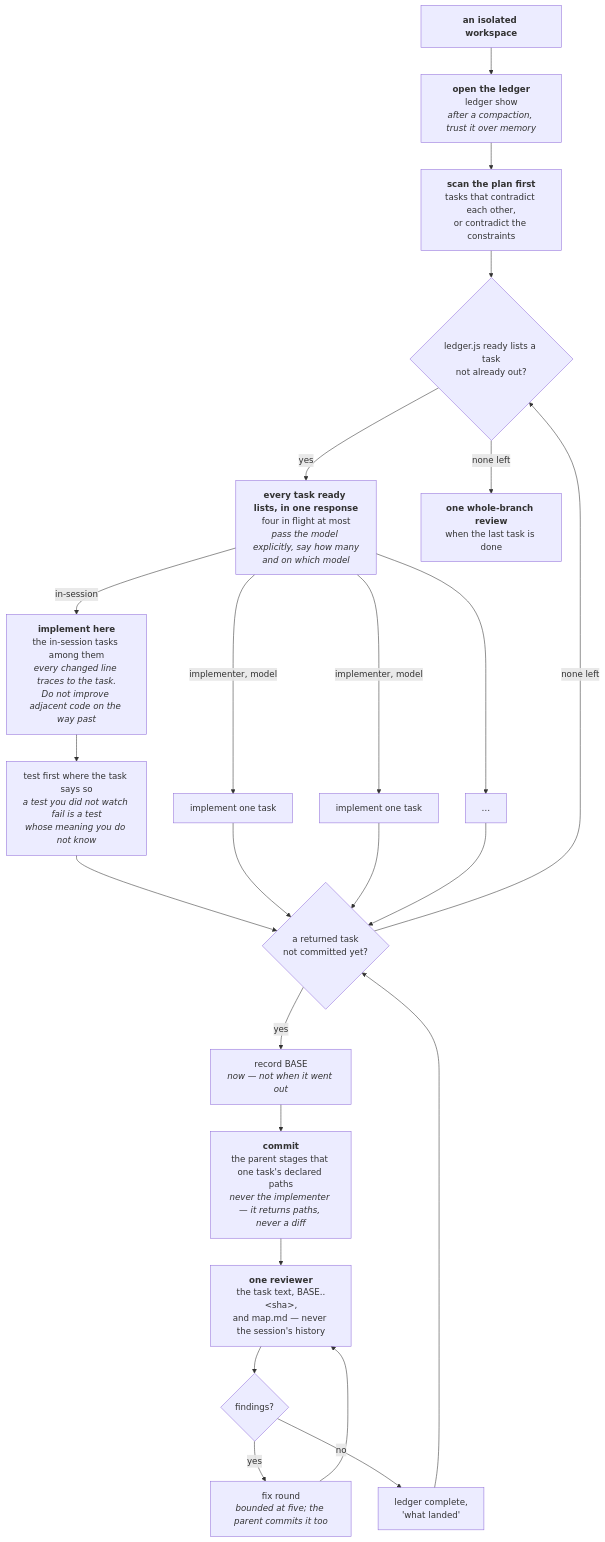
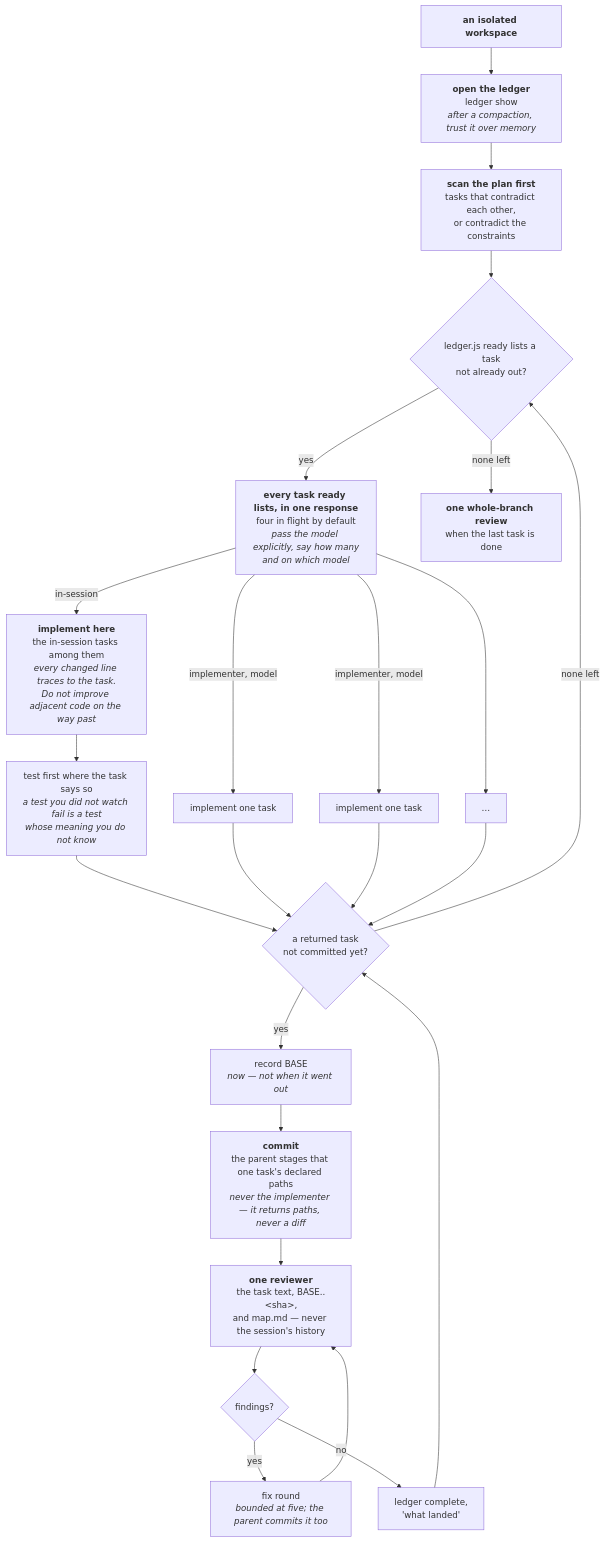
Before and after one commit to FanFantom9452/FanKeel: the fourth of 8 diagrams in docs/02-architecture/pipeline.md, drawn with Mermaid. The commit also changed other lines of this file and 4 other files, not shown here.

First line of the commit message:
docs: init and the pipeline diagrams call four dispatches the default

````diff
--- a/docs/02-architecture/pipeline.md
+++ b/docs/02-architecture/pipeline.md
@@ -574,43 +574,43 @@
 ```mermaid
 flowchart TD
     S1["<b>an isolated workspace</b>"]
     S2["<b>open the ledger</b><br/>ledger show<br/><i>after a compaction, trust it over memory</i>"]
     S3["<b>scan the plan first</b><br/>tasks that contradict each other,<br/>or contradict the constraints"]
     L{"ledger.js ready lists a task<br/>not already out?"}
-    D["<b>every task ready lists, in one response</b><br/>four in flight at most<br/><i>pass the model explicitly, say how many<br/>and on which model</i>"]
+    D["<b>every task ready lists, in one response</b><br/>four in flight by default<br/><i>pass the model explicitly, say how many<br/>and on which model</i>"]
     T2a["<b>implement here</b><br/>the in-session tasks among them<br/><i>every changed line traces to the task.<br/>Do not improve adjacent code on the way past</i>"]
     T2b1["implement one task"]
     T2b2["implement one task"]
     T2b3["…"]
     T3["test first where the task says so<br/><i>a test you did not watch fail is a test<br/>whose meaning you do not know</i>"]
     E{"a returned task<br/>not committed yet?"}
     T1["record BASE<br/><i>now — not when it went out</i>"]
     T4["<b>commit</b><br/>the parent stages that one task's declared paths<br/><i>never the implementer — it returns paths, never a diff</i>"]
     T5["<b>one reviewer</b><br/>the task text, BASE..&lt;sha&gt;,<br/>and map.md — never the session's history"]
     T6{"findings?"}
     T7["fix round<br/><i>bounded at five; the parent commits it too</i>"]
     T8["ledger complete,<br/>'what landed'"]
     R["<b>one whole-branch review</b><br/>when the last task is done"]
 
     S1 --> S2 --> S3 --> L
     L -- yes --> D
     D -- "in-session" --> T2a
     D -- "implementer, model" --> T2b1
     D -- "implementer, model" --> T2b2
     D --> T2b3
     T2a --> T3
     T3 --> E
     T2b1 --> E
     T2b2 --> E
     T2b3 --> E
     E -- yes --> T1
     T1 --> T4
     T4 --> T5
     T5 --> T6
     T6 -- yes --> T7
     T7 --> T5
     T6 -- no --> T8
     T8 --> E
     E -- "none left" --> L
     L -- "none left" --> R
 ```
````
